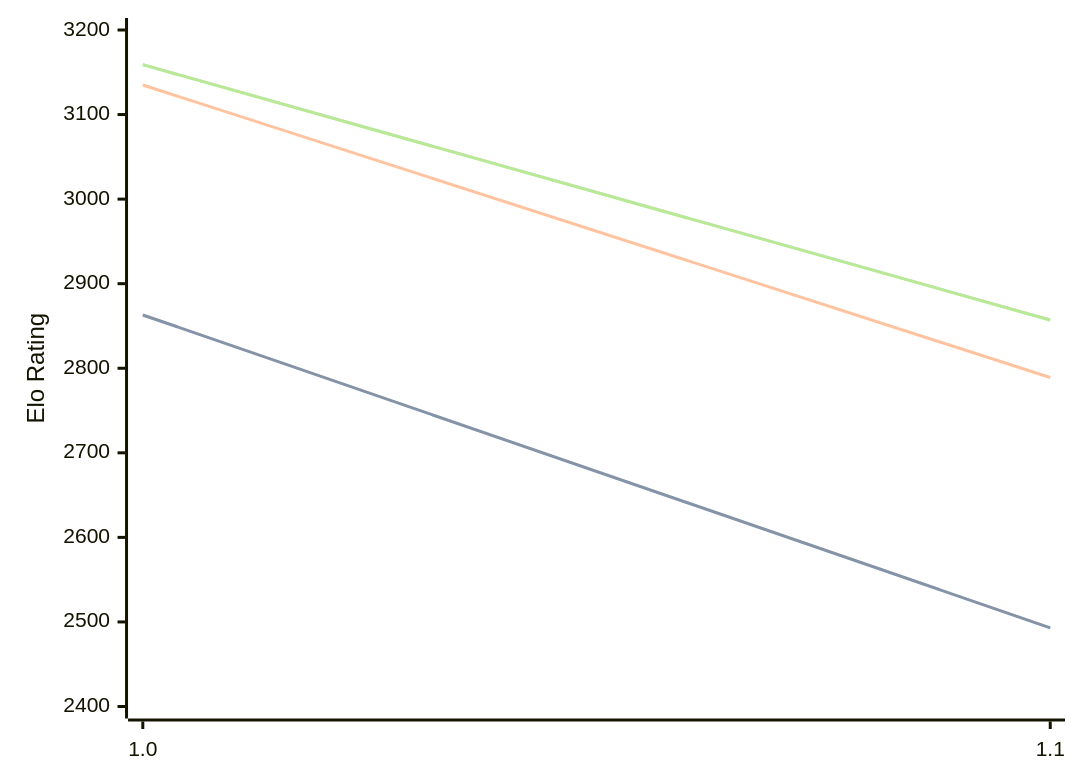
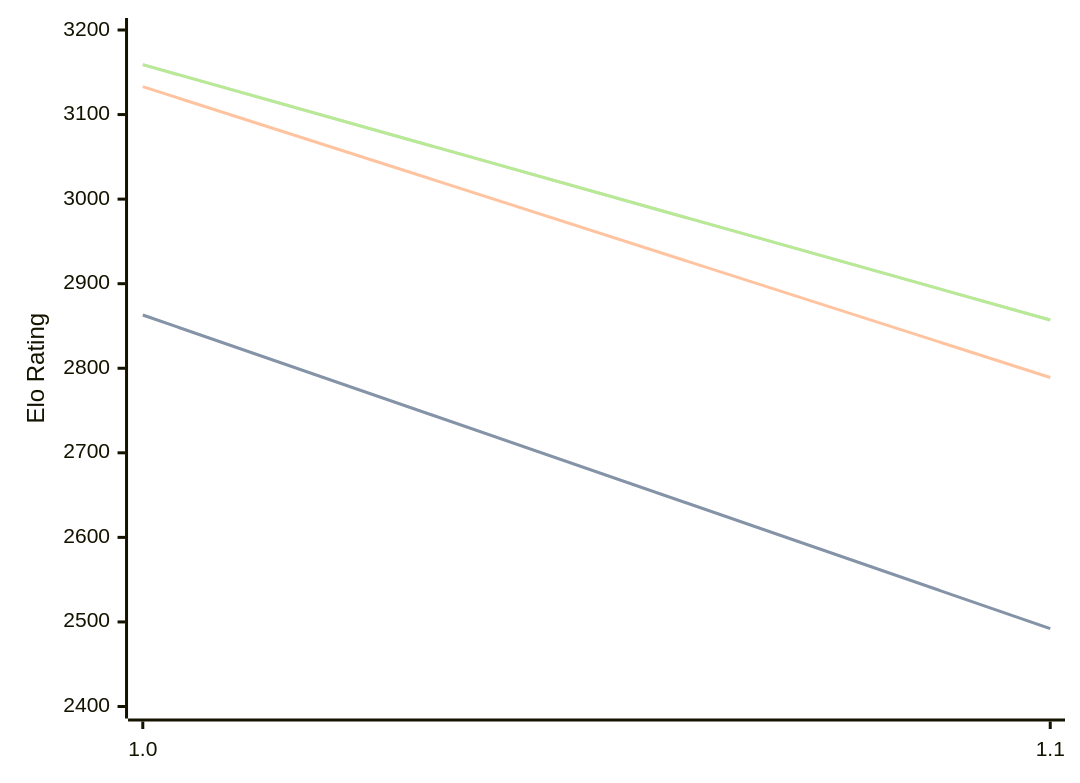
Before and after one commit to computer-chess-index/cci: the diagram in engines/Publius.md, drawn with Mermaid. The commit also changed other lines of this file, not shown here.

Commit message:
Update CCI Ratings (ELO VLTC) - 2026-03-23

````diff
--- a/engines/Publius.md
+++ b/engines/Publius.md
@@ -32,11 +32,11 @@
 ```mermaid
 %%{init: {"theme":"base","themeVariables":{"seriesColors:['#a3a3a3','#222221','#faa371']}}}%%
 xychart-beta
   x-axis ["1.0", "1.1"]
   y-axis "Elo Rating" 2400 --> 3200
-  line "STC (8.0+0.08s)" [2863, 2493]
-  line "STC (8.0+0.08s)" [2863, 2493]
-  line "LTC (60.0+0.60s)" [3135, 2789]
+  line "STC (8.0+0.08s)" [2863, 2492]
+  line "STC (8.0+0.08s)" [2863, 2492]
+  line "LTC (60.0+0.60s)" [3133, 2789]
   line "VLTC (2m24s+1.12s)" [3159, 2857]
   line "VLTC (2m24s+1.12s)" [3159, 2857]
 ```
````
